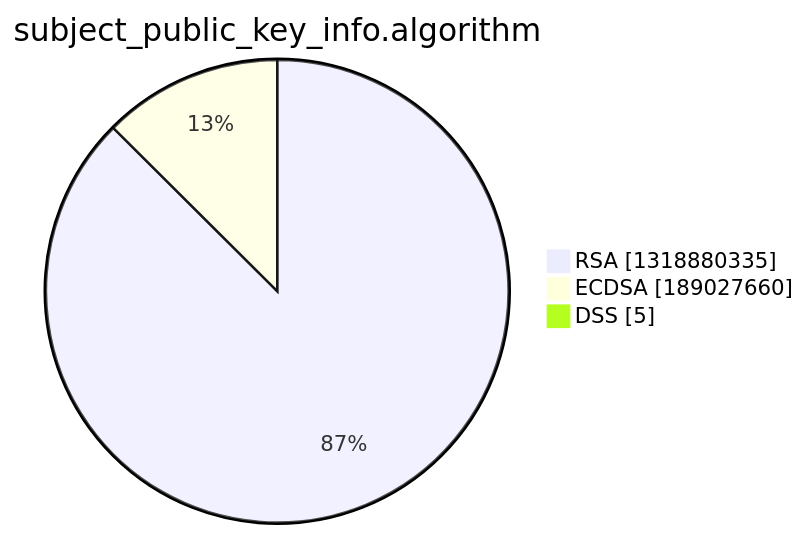
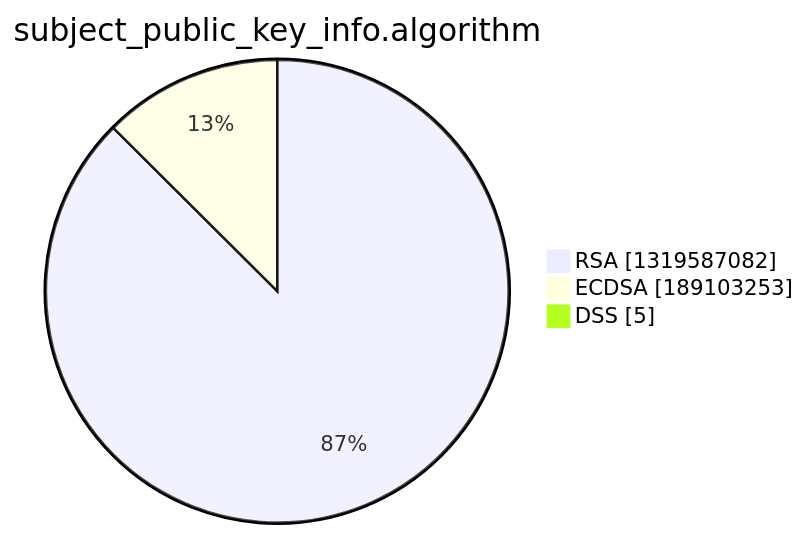
Before and after one commit to christiankrug/ctmonitor_visualization: the third of 15 diagrams in xenon2022/README.md, drawn with Mermaid. The commit also changed other lines of this file, not shown here.

````diff
--- a/xenon2022/README.md
+++ b/xenon2022/README.md
@@ -14,7 +14,7 @@
 ```mermaid
 pie showData
 title subject_public_key_info.algorithm
-"RSA" :1318880335
-"ECDSA" :189027660
+"RSA" :1319587082
+"ECDSA" :189103253
 "DSS" :5
 ```
````
